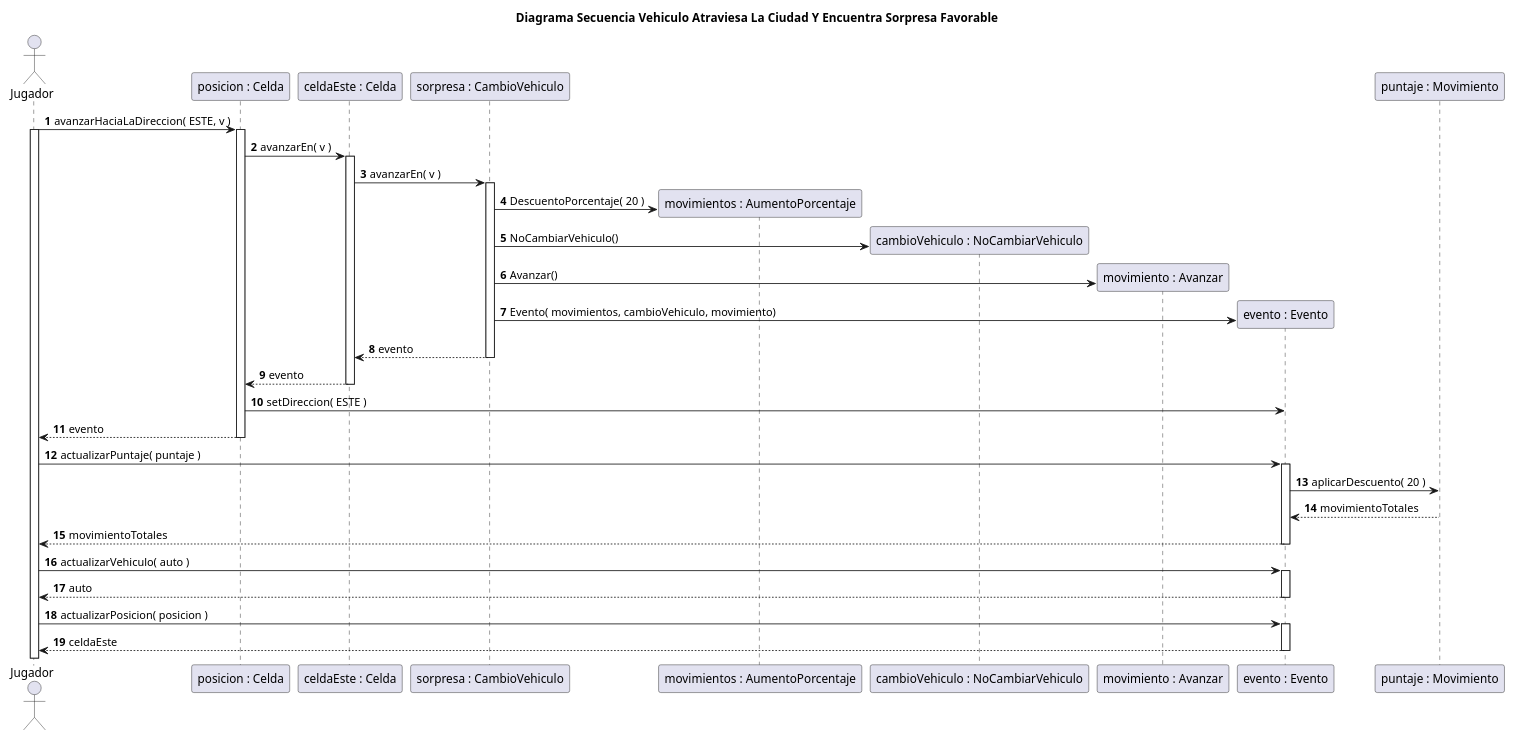
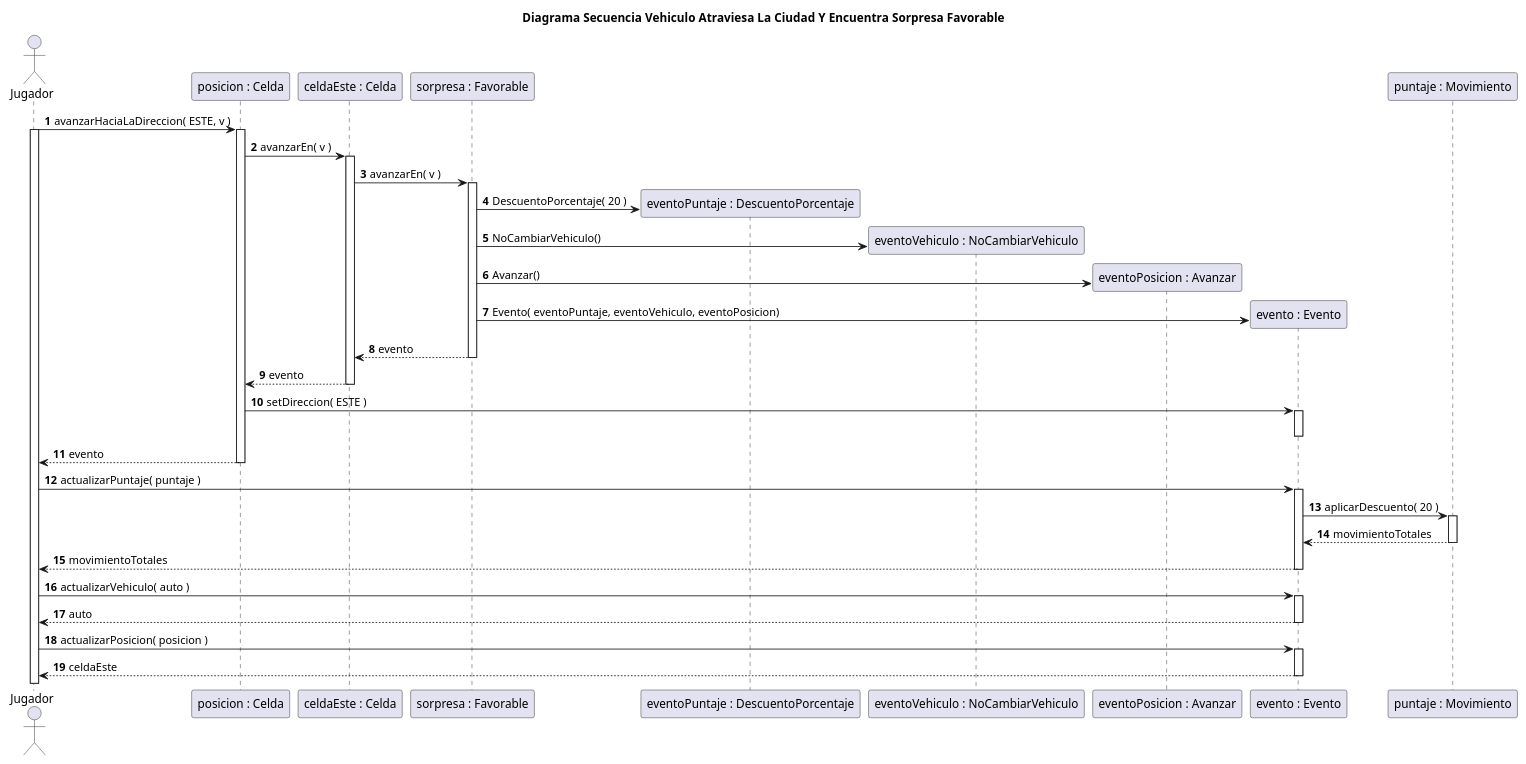
The diagram in diagrams/sequences/entrega2/CasoVehiculoAtraviesaLaCiudadYEncuentraSorpresaFavorable.puml (rodrigovzq/algo3_tp2), drawn with PlantUML before and after one commit. The commit also changed 10 other files, not shown here.

Commit message:
Actualizacion diagramas de Secuencia

```diff
--- a/diagrams/sequences/entrega2/CasoVehiculoAtraviesaLaCiudadYEncuentraSorpresaFavorable.puml
+++ b/diagrams/sequences/entrega2/CasoVehiculoAtraviesaLaCiudadYEncuentraSorpresaFavorable.puml
@@ -1,47 +1,49 @@
 @startuml
 title Diagrama Secuencia Vehiculo Atraviesa La Ciudad Y Encuentra Sorpresa Favorable
 
 autonumber
 
 actor Jugador
 
 Jugador -> "posicion : Celda"++: avanzarHaciaLaDireccion( ESTE, v )
 
 activate Jugador
 "posicion : Celda" -> "celdaEste : Celda"++: avanzarEn( v )
 
 
-"celdaEste : Celda" -> "sorpresa : CambioVehiculo"++: avanzarEn( v )
+"celdaEste : Celda" -> "sorpresa : Favorable"++: avanzarEn( v )
 
-create "movimientos : AumentoPorcentaje"
-"sorpresa : CambioVehiculo"-> "movimientos : AumentoPorcentaje":  DescuentoPorcentaje( 20 )
+create "eventoPuntaje : DescuentoPorcentaje"
+"sorpresa : Favorable"-> "eventoPuntaje : DescuentoPorcentaje":  DescuentoPorcentaje( 20 )
 
-create "cambioVehiculo : NoCambiarVehiculo"
-"sorpresa : CambioVehiculo" -> "cambioVehiculo : NoCambiarVehiculo": NoCambiarVehiculo()
+create "eventoVehiculo : NoCambiarVehiculo"
+"sorpresa : Favorable" -> "eventoVehiculo : NoCambiarVehiculo": NoCambiarVehiculo()
 
-create "movimiento : Avanzar"
-"sorpresa : CambioVehiculo"  -> "movimiento : Avanzar": Avanzar()
+create "eventoPosicion : Avanzar"
+"sorpresa : Favorable"  -> "eventoPosicion : Avanzar": Avanzar()
 
 create "evento : Evento"
-"sorpresa : CambioVehiculo"  -> "evento : Evento": Evento( movimientos, cambioVehiculo, movimiento)
+"sorpresa : Favorable"  -> "evento : Evento": Evento( eventoPuntaje, eventoVehiculo, eventoPosicion)
 
-"sorpresa : CambioVehiculo" --> "celdaEste : Celda"--: evento
+"sorpresa : Favorable" --> "celdaEste : Celda"--: evento
 
 "celdaEste : Celda" --> "posicion : Celda": evento
 deactivate "celdaEste : Celda"
-"posicion : Celda" -> "evento : Evento": setDireccion( ESTE )
+"posicion : Celda" -> "evento : Evento"++: setDireccion( ESTE )
+deactivate "evento : Evento"
 "posicion : Celda" --> Jugador--: evento
 
 
 Jugador -> "evento : Evento"++: actualizarPuntaje( puntaje )
-"evento : Evento" -> "puntaje : Movimiento": aplicarDescuento( 20 )
+"evento : Evento" -> "puntaje : Movimiento"++: aplicarDescuento( 20 )
 "puntaje : Movimiento" --> "evento : Evento": movimientoTotales
+deactivate "puntaje : Movimiento"
 Jugador <-- "evento : Evento"--: movimientoTotales
 
 Jugador -> "evento : Evento"++: actualizarVehiculo( auto )
 Jugador <-- "evento : Evento"--: auto
 
 Jugador -> "evento : Evento"++: actualizarPosicion( posicion )
 Jugador <-- "evento : Evento"--: celdaEste
 
 @enduml
```
